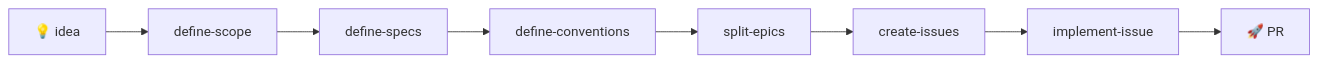
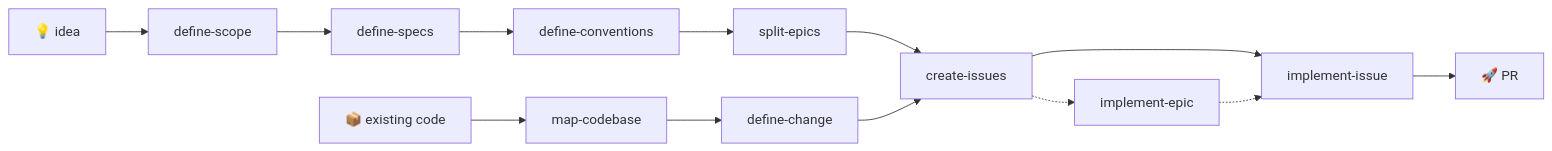
The diagram in README.md (julienlegoux/skills), drawn with Mermaid before and after one commit. The commit also changed other lines of this file and 2 other files, not shown here.

````diff
--- a/README.md
+++ b/README.md
@@ -16,10 +16,17 @@
 ```mermaid
 flowchart LR
     A[💡 idea] --> B[define-scope]
     B --> C[define-specs]
     C --> D[define-conventions]
     D --> E[split-epics]
+
+    A2[📦 existing code] --> M[map-codebase]
+    M --> N[define-change]
+
     E --> F[create-issues]
+    N --> F
     F --> G[implement-issue]
     G --> H[🚀 PR]
+    F -.-> I[implement-epic]
+    I -.-> G
 ```
````
